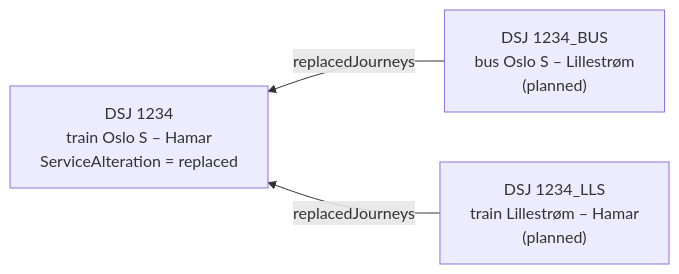
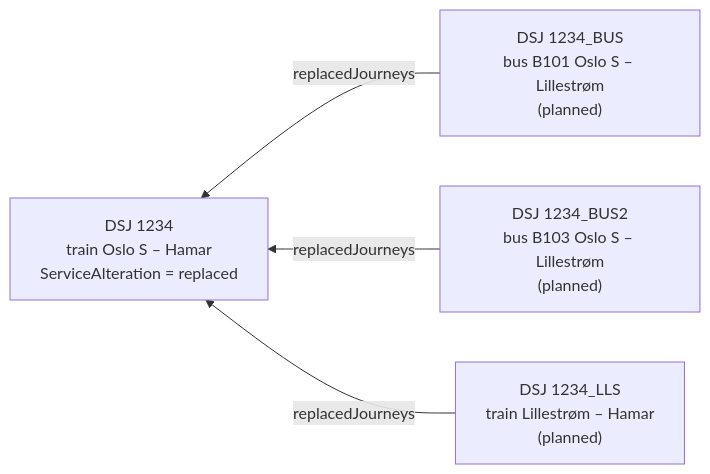
One commit to entur/nordic-netex-documentation changed the first of 2 diagrams in guides/DeviationHandling/DeviationHandling_Guide.md. Above: the diagram before and after it, drawn with Mermaid. The commit also changed other lines of this file and 1 other file, not shown here.

First line of the commit message:
docs(deviation): several buses per train, drop assumption in section 2

````diff
--- a/guides/DeviationHandling/DeviationHandling_Guide.md
+++ b/guides/DeviationHandling/DeviationHandling_Guide.md
@@ -41,5 +41,6 @@
 ```mermaid
 flowchart RL
-    BUS["DSJ 1234_BUS<br/>bus Oslo S – Lillestrøm<br/>(planned)"] -- replacedJourneys --> ORIG["DSJ 1234<br/>train Oslo S – Hamar<br/>ServiceAlteration = replaced"]
+    BUS["DSJ 1234_BUS<br/>bus B101 Oslo S – Lillestrøm<br/>(planned)"] -- replacedJourneys --> ORIG["DSJ 1234<br/>train Oslo S – Hamar<br/>ServiceAlteration = replaced"]
+    BUS2["DSJ 1234_BUS2<br/>bus B103 Oslo S – Lillestrøm<br/>(planned)"] -- replacedJourneys --> ORIG
     LLS["DSJ 1234_LLS<br/>train Lillestrøm – Hamar<br/>(planned)"] -- replacedJourneys --> ORIG
 ```
````
